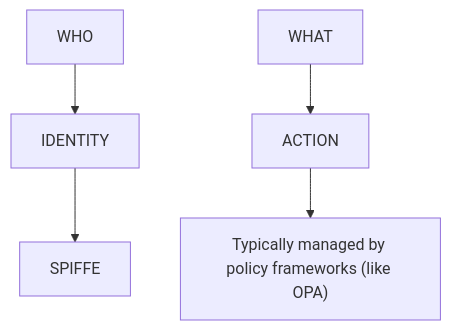
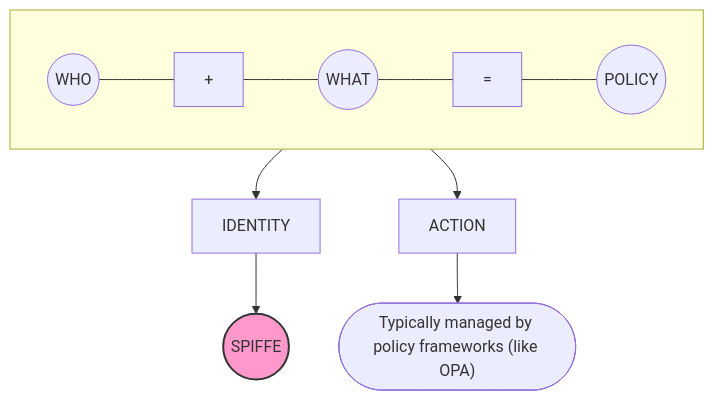
The first of 2 diagrams in thunder/ep28-spiffe-spire/notes.md (wiggitywhitney/board-notes), drawn with Mermaid before and after one commit.

Commit message:
Fix WHO+WHAT=POLICY diagram to include the actual equation

````diff
--- a/thunder/ep28-spiffe-spire/notes.md
+++ b/thunder/ep28-spiffe-spire/notes.md
@@ -23,5 +23,11 @@
 ```mermaid
 graph TD
-    Who[WHO] --> Identity[IDENTITY] --> Spiffe[SPIFFE]
-    What[WHAT] --> Action[ACTION] --> Frameworks["Typically managed by policy frameworks (like OPA)"]
+    subgraph Equation[" "]
+        direction LR
+        Who((WHO)) --- Plus["+"] --- What((WHAT)) --- Equals["="] --- PolicyResult((POLICY))
+    end
+    Who --> Identity[IDENTITY] --> Spiffe((SPIFFE))
+    What --> Action[ACTION] --> Frameworks(["Typically managed by policy frameworks (like OPA)"])
+
+    style Spiffe fill:#f9c,stroke:#333,stroke-width:2px
 ```
````
